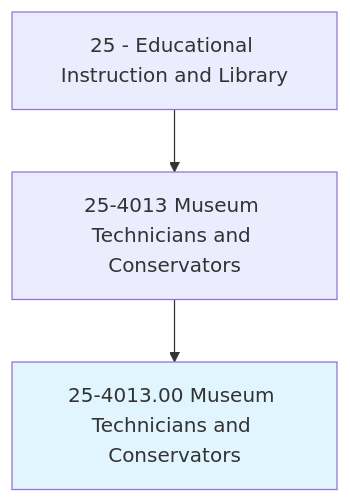
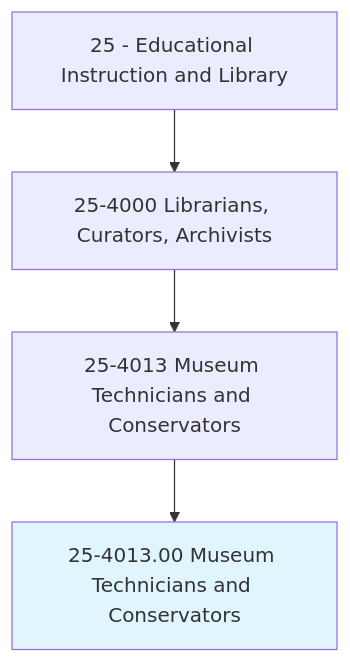
Before and after one commit to kziemski/business.org.ai: the first of 4 diagrams in occupations/Education/MuseumTechniciansAndConservators.mdx, drawn with Mermaid. The commit also changed other lines of this file and 938 other files, not shown here.

````diff
--- a/occupations/Education/MuseumTechniciansAndConservators.mdx
+++ b/occupations/Education/MuseumTechniciansAndConservators.mdx
@@ -19,6 +23,7 @@
 ```mermaid
 graph TD
-    Cat25["25 - Educational Instruction and Library"] --> Group254013["25-4013 Museum Technicians and Conservators"]
+    Cat25["25 - Educational Instruction and Library"] --> Group254["25-4000 Librarians, Curators, Archivists"]
+    Group254 --> Group254013["25-4013 Museum Technicians and Conservators"]
     Group254013 --> Current["25-4013.00 Museum Technicians and Conservators"]
     style Current fill:#e1f5fe
 ```
````
